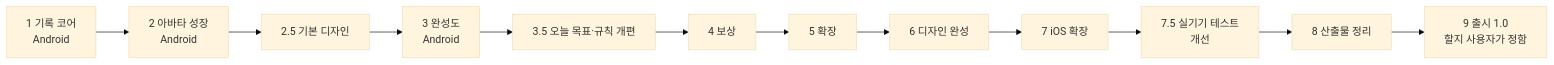
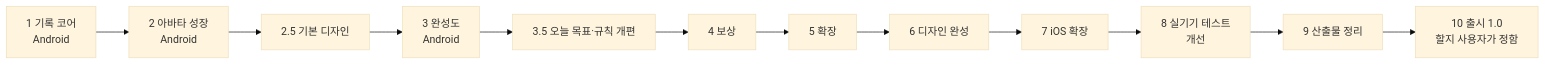
The diagram in docs/roadmap.md (dhkim1522/runmagochi), drawn with Mermaid (base theme) before and after one commit. The commit also changed other lines of this file and 9 other files, not shown here.

````diff
--- a/docs/roadmap.md
+++ b/docs/roadmap.md
@@ -13,14 +13,14 @@
 ```mermaid
 flowchart LR
     P1["1 기록 코어<br/>Android"] --> P2["2 아바타 성장<br/>Android"]
     P2 --> P25["2.5 기본 디자인"]
     P25 --> P3["3 완성도<br/>Android"]
     P3 --> P35["3.5 오늘 목표·규칙 개편"]
     P35 --> P4["4 보상"]
     P4 --> P5["5 확장"]
     P5 --> P6["6 디자인 완성"]
     P6 --> P7["7 iOS 확장"]
-    P7 --> P75["7.5 실기기 테스트<br/>개선"]
-    P75 --> P8["8 산출물 정리"]
-    P8 --> P9["9 출시 1.0<br/>할지 사용자가 정함"]
+    P7 --> P8["8 실기기 테스트<br/>개선"]
+    P8 --> P9["9 산출물 정리"]
+    P9 --> P10["10 출시 1.0<br/>할지 사용자가 정함"]
 ```
````
